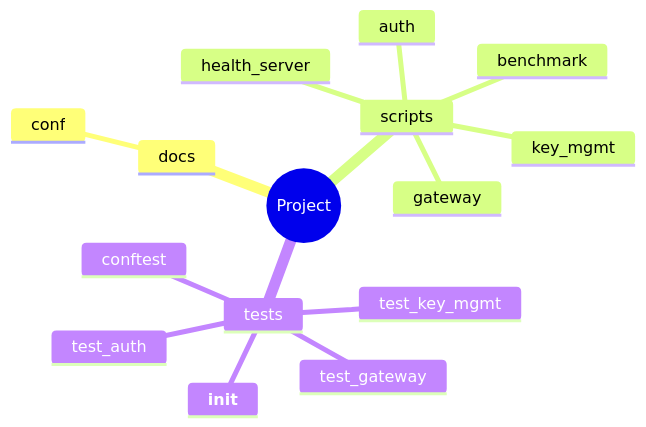
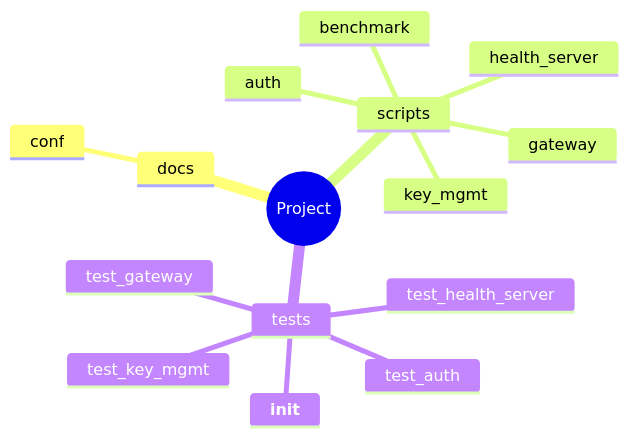
One commit to zepfu/llama-gguf-inference changed the fifth of 8 diagrams in docs/auto/ARCHITECTURE_AUTO.md. Above: the diagram before and after it, drawn with Mermaid. The commit also changed other lines of this file and 2 other files, not shown here.

````diff
--- a/docs/auto/ARCHITECTURE_AUTO.md
+++ b/docs/auto/ARCHITECTURE_AUTO.md
@@ -176,18 +176,18 @@
 ```mermaid
 mindmap
   root((Project))
     docs
       conf
     scripts
-      auth
-      health_server
       gateway
       key_mgmt
       benchmark
+      auth
+      health_server
     tests
-      test_gateway
-      conftest
+      __init__
       test_key_mgmt
       test_auth
-      __init__
+      test_health_server
+      test_gateway
 ```
````
